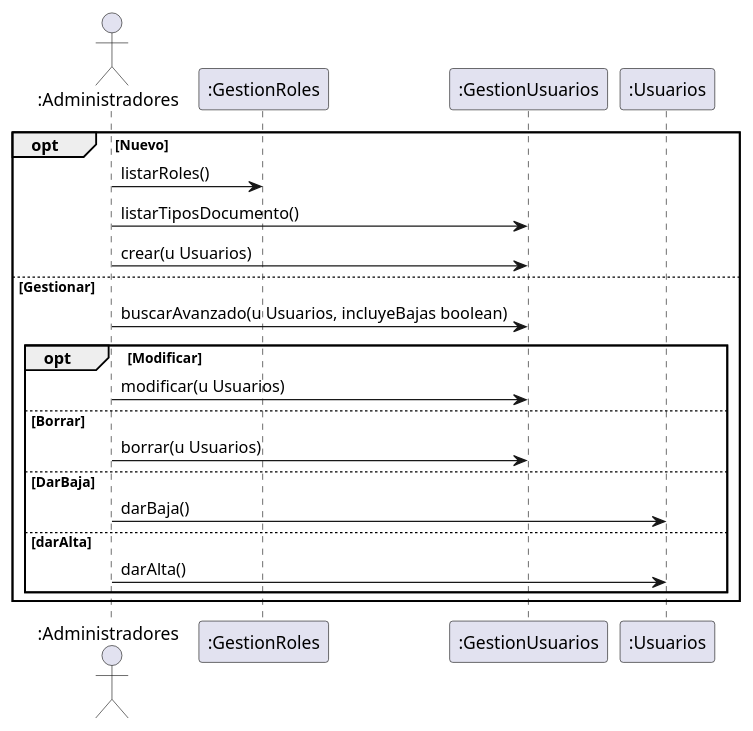
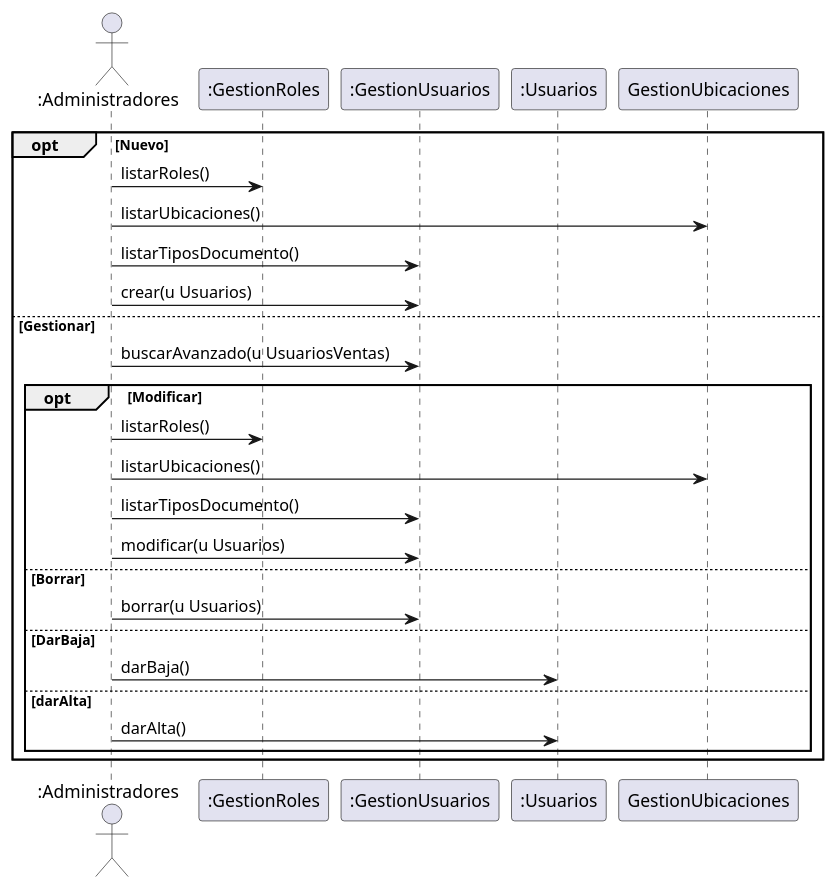
One commit to ZMGestion/DocumentacionZMGestion changed the first of 5 diagrams in DiagramasSecuencia/DiagramaDeSecuencia.puml. Above: the diagram before and after it, drawn with PlantUML. The commit also changed other lines of this file and 2 other files, not shown here.

Commit message:
Cambios DiagramaDeEstado DiagramaDeSecuencia y generarRemitoDesdeVenta

```diff
--- a/DiagramasSecuencia/DiagramaDeSecuencia.puml
+++ b/DiagramasSecuencia/DiagramaDeSecuencia.puml
@@ -1,22 +1,26 @@
 @startuml GestionUsuarios
     actor ":Administradores" as Administradores
     participant ":GestionRoles" as GestionRoles
     participant ":GestionUsuarios" as GestionUsuarios
     participant ":Usuarios" as Usuarios
     opt Nuevo
         Administradores -> GestionRoles: listarRoles()
+        Administradores -> GestionUbicaciones: listarUbicaciones()
         Administradores -> GestionUsuarios: listarTiposDocumento()
         Administradores -> GestionUsuarios: crear(u Usuarios)
     else Gestionar
-        Administradores -> GestionUsuarios: buscarAvanzado(u Usuarios, incluyeBajas boolean)
+        Administradores -> GestionUsuarios: buscarAvanzado(u UsuariosVentas)
         opt Modificar
+            Administradores -> GestionRoles: listarRoles()
+            Administradores -> GestionUbicaciones: listarUbicaciones()
+            Administradores -> GestionUsuarios: listarTiposDocumento()
             Administradores -> GestionUsuarios: modificar(u Usuarios)
         else Borrar
             Administradores -> GestionUsuarios: borrar(u Usuarios)
         else DarBaja
             Administradores -> Usuarios: darBaja()
         else darAlta
             Administradores -> Usuarios: darAlta()
         end
     end
 @enduml
```
